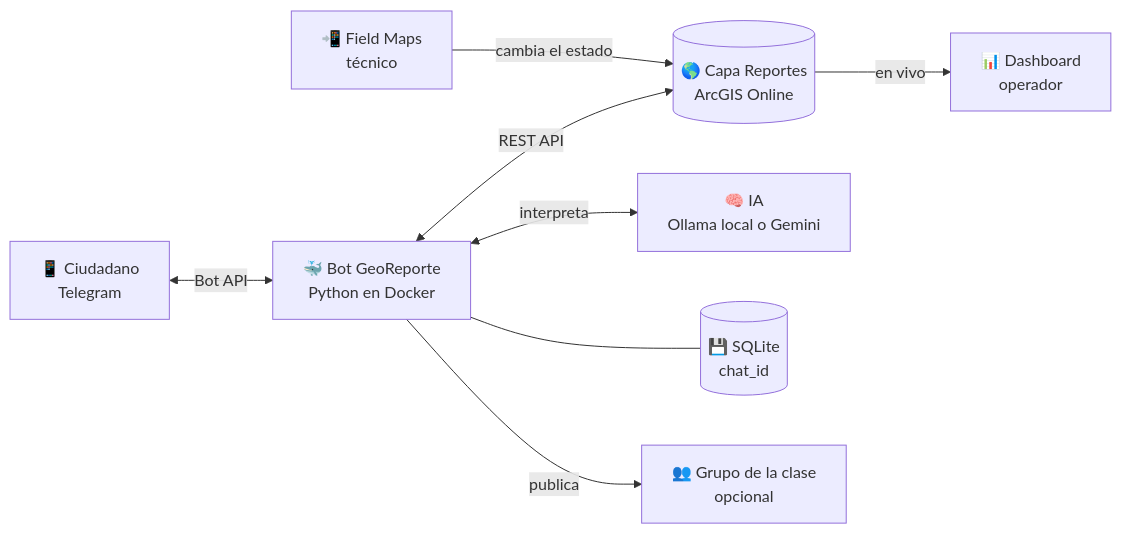
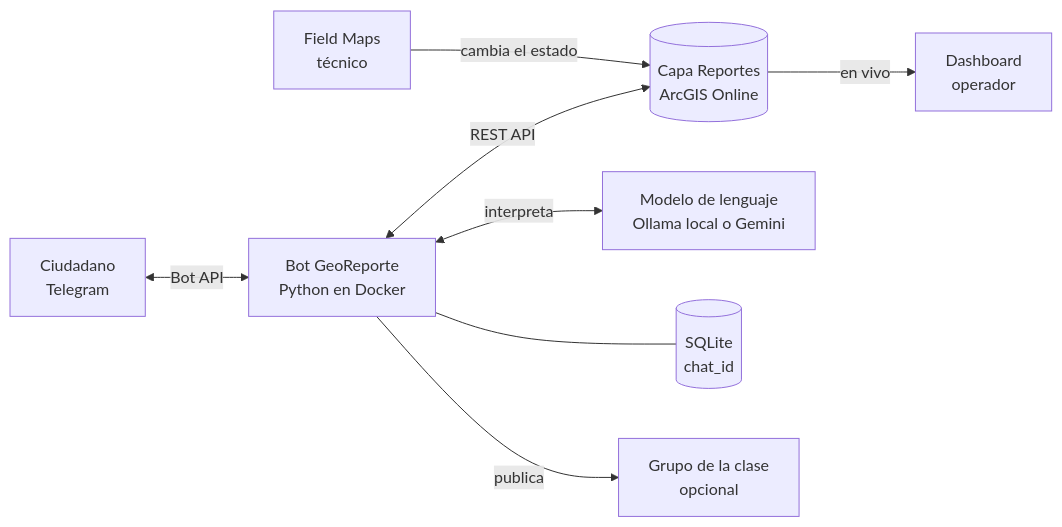
One commit to osbonilla/arcgis-telegram changed the first of 7 diagrams in README.md. Above: the diagram before and after it, drawn with Mermaid. The commit also changed other lines of this file, not shown here.

````diff
--- a/README.md
+++ b/README.md
@@ -66,10 +74,10 @@
 ```mermaid
 flowchart LR
-    U["📱 Ciudadano<br/>Telegram"] <-->|"Bot API"| B["🐳 Bot GeoReporte<br/>Python en Docker"]
-    B <-->|"REST API"| L[("🌎 Capa Reportes<br/>ArcGIS Online")]
-    L -->|"en vivo"| D["📊 Dashboard<br/>operador"]
-    B <-->|"interpreta"| IA["🧠 IA<br/>Ollama local o Gemini"]
-    B --- S[("💾 SQLite<br/>chat_id")]
-    B -->|"publica"| G["👥 Grupo de la clase<br/>opcional"]
-    F["📲 Field Maps<br/>técnico"] -->|"cambia el estado"| L
+    U["Ciudadano<br/>Telegram"] <-->|"Bot API"| B["Bot GeoReporte<br/>Python en Docker"]
+    B <-->|"REST API"| L[("Capa Reportes<br/>ArcGIS Online")]
+    L -->|"en vivo"| D["Dashboard<br/>operador"]
+    B <-->|"interpreta"| IA["Modelo de lenguaje<br/>Ollama local o Gemini"]
+    B --- S[("SQLite<br/>chat_id")]
+    B -->|"publica"| G["Grupo de la clase<br/>opcional"]
+    F["Field Maps<br/>técnico"] -->|"cambia el estado"| L
 ```
````
